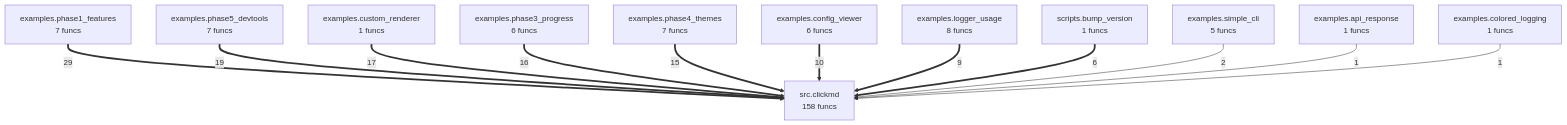
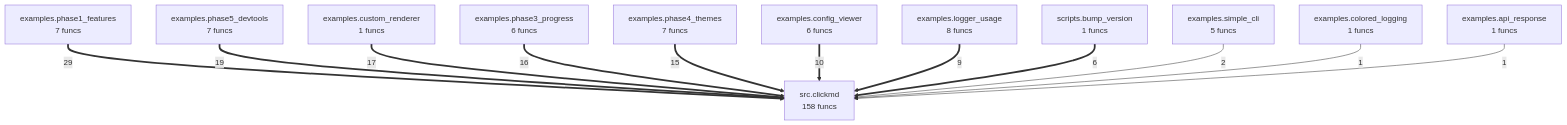
Before and after one commit to wronai/clickmd: the diagram in project/compact_flow.mmd, drawn with Mermaid. The commit also changed 48 other files, not shown here.

```diff
--- a/project/compact_flow.mmd
+++ b/project/compact_flow.mmd
@@ -1,24 +1,24 @@
 flowchart TD
-    examples_api_response["examples.api_response<br/>1 funcs"]
-    examples_colored_logging["examples.colored_logging<br/>1 funcs"]
-    examples_config_viewer["examples.config_viewer<br/>6 funcs"]
-    examples_custom_renderer["examples.custom_renderer<br/>1 funcs"]
-    examples_logger_usage["examples.logger_usage<br/>8 funcs"]
-    examples_phase1_features["examples.phase1_features<br/>7 funcs"]
-    examples_phase3_progress["examples.phase3_progress<br/>6 funcs"]
-    examples_phase4_themes["examples.phase4_themes<br/>7 funcs"]
-    examples_phase5_devtools["examples.phase5_devtools<br/>7 funcs"]
-    examples_simple_cli["examples.simple_cli<br/>5 funcs"]
-    scripts_bump_version["scripts.bump_version<br/>1 funcs"]
-    src_clickmd["src.clickmd<br/>158 funcs"]
-    examples_phase1_features ==>|29| src_clickmd
-    examples_phase5_devtools ==>|19| src_clickmd
-    examples_custom_renderer ==>|17| src_clickmd
-    examples_phase3_progress ==>|16| src_clickmd
-    examples_phase4_themes ==>|15| src_clickmd
-    examples_config_viewer ==>|10| src_clickmd
-    examples_logger_usage ==>|9| src_clickmd
-    scripts_bump_version ==>|6| src_clickmd
-    examples_simple_cli -->|2| src_clickmd
-    examples_api_response -->|1| src_clickmd
-    examples_colored_logging -->|1| src_clickmd
+    examples__api_response["examples.api_response<br/>1 funcs"]
+    examples__colored_logging["examples.colored_logging<br/>1 funcs"]
+    examples__config_viewer["examples.config_viewer<br/>6 funcs"]
+    examples__custom_renderer["examples.custom_renderer<br/>1 funcs"]
+    examples__logger_usage["examples.logger_usage<br/>8 funcs"]
+    examples__phase1_features["examples.phase1_features<br/>7 funcs"]
+    examples__phase3_progress["examples.phase3_progress<br/>6 funcs"]
+    examples__phase4_themes["examples.phase4_themes<br/>7 funcs"]
+    examples__phase5_devtools["examples.phase5_devtools<br/>7 funcs"]
+    examples__simple_cli["examples.simple_cli<br/>5 funcs"]
+    scripts__bump_version["scripts.bump_version<br/>1 funcs"]
+    src__clickmd["src.clickmd<br/>158 funcs"]
+    examples__phase1_features ==>|29| src__clickmd
+    examples__phase5_devtools ==>|19| src__clickmd
+    examples__custom_renderer ==>|17| src__clickmd
+    examples__phase3_progress ==>|16| src__clickmd
+    examples__phase4_themes ==>|15| src__clickmd
+    examples__config_viewer ==>|10| src__clickmd
+    examples__logger_usage ==>|9| src__clickmd
+    scripts__bump_version ==>|6| src__clickmd
+    examples__simple_cli -->|2| src__clickmd
+    examples__colored_logging -->|1| src__clickmd
+    examples__api_response -->|1| src__clickmd
```
